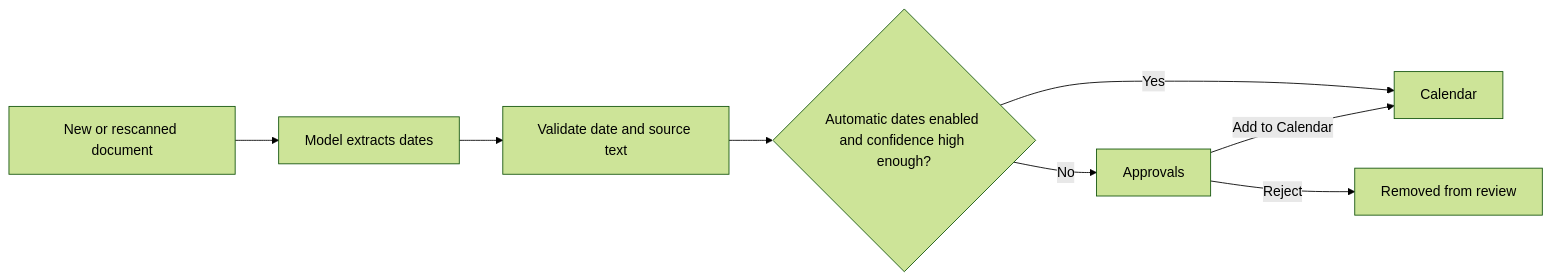
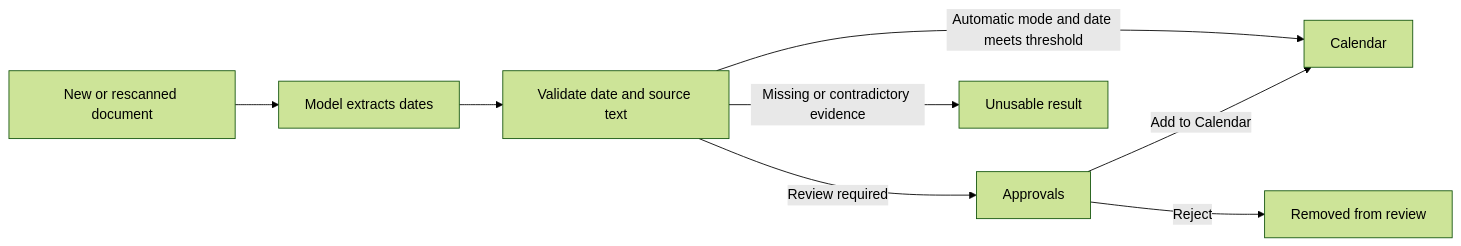
One commit to johnnybravo-xyz/suchi changed the diagram in docs/document-dates.mdx. Above: the diagram before and after it, drawn with Mermaid (forest theme). The commit also changed other lines of this file and 124 other files, not shown here.

First line of the commit message:
Add automatic and review-first classification

````diff
--- a/docs/document-dates.mdx
+++ b/docs/document-dates.mdx
@@ -23,10 +22,10 @@
 ```mermaid
 flowchart LR
     D[New or rescanned document] --> M[Model extracts dates]
     M --> V[Validate date and source text]
-    V --> C{Automatic dates enabled and confidence high enough?}
-    C -->|Yes| K[Calendar]
-    C -->|No| A[Approvals]
-    A -->|Add to Calendar| K
+    V -->|Automatic mode and date meets threshold| K[Calendar]
+    V -->|Review required| A[Approvals]
+    V -->|Missing or contradictory evidence| U[Unusable result]
+    A -->|Add to Calendar| K[Calendar]
     A -->|Reject| R[Removed from review]
 ```
````
